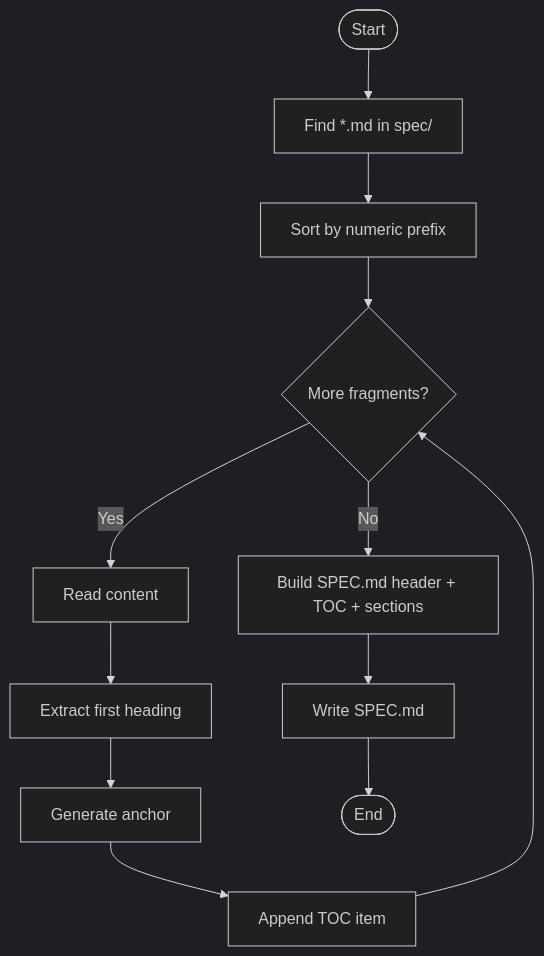
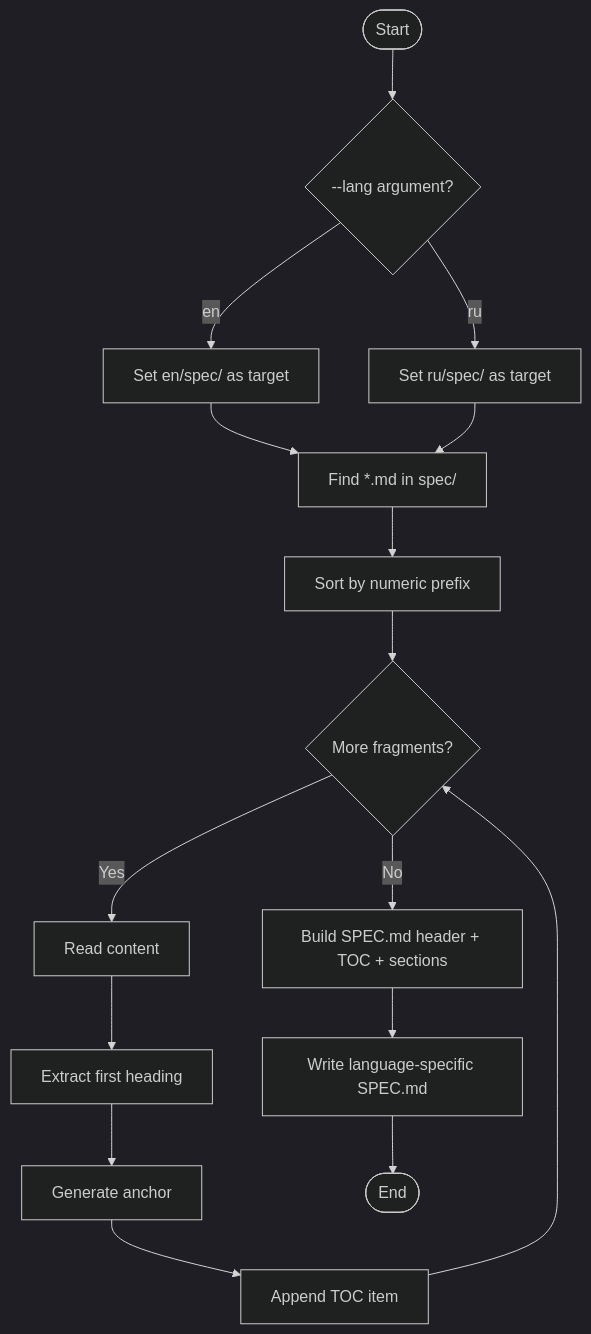
The third of 6 diagrams in .qoder/repowiki/en/content/Tooling and Utilities/Specification Builder.md (asukhodko/opskarta), drawn with Mermaid (dark theme) before and after one commit. The commit also changed other lines of this file and 7 other files, not shown here.

````diff
--- a/.qoder/repowiki/en/content/Tooling and Utilities/Specification Builder.md
+++ b/.qoder/repowiki/en/content/Tooling and Utilities/Specification Builder.md
@@ -176,14 +248,18 @@
 ```mermaid
 flowchart TD
-Start(["Start"]) --> Find["Find *.md in spec/"]
+Start(["Start"]) --> LangCheck{"--lang argument?"}
+LangCheck --> |en| EnDir["Set en/spec/ as target"]
+LangCheck --> |ru| RuDir["Set ru/spec/ as target"]
+EnDir --> Find["Find *.md in spec/"]
+RuDir --> Find
 Find --> Sort["Sort by numeric prefix"]
 Sort --> Loop{"More fragments?"}
 Loop --> |Yes| Read["Read content"]
 Read --> Head["Extract first heading"]
 Head --> Anchor["Generate anchor"]
 Anchor --> Append["Append TOC item"]
 Append --> Loop
 Loop --> |No| Build["Build SPEC.md header + TOC + sections"]
-Build --> Write["Write SPEC.md"]
+Build --> Write["Write language-specific SPEC.md"]
 Write --> End(["End"])
 ```
````
